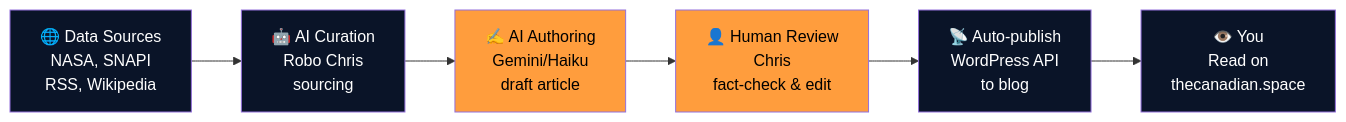
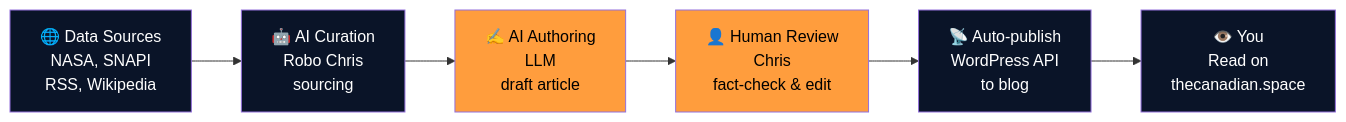
The diagram in docs/what-is-tcs/index.md (The-Canadian-Space/tcs-public-wiki), drawn with Mermaid before and after one commit. The commit also changed other lines of this file and 24 other files, not shown here.

````diff
--- a/docs/what-is-tcs/index.md
+++ b/docs/what-is-tcs/index.md
@@ -39,14 +41,14 @@
 ```mermaid
 graph LR
   Sources["🌐 Data Sources<br/>NASA, SNAPI<br/>RSS, Wikipedia"] --> Curation["🤖 AI Curation<br/>Robo Chris<br/>sourcing"]
-  Curation --> Author["✍️ AI Authoring<br/>Gemini/Haiku<br/>draft article"]
+  Curation --> Author["✍️ AI Authoring<br/>LLM<br/>draft article"]
   Author --> Review["👤 Human Review<br/>Chris<br/>fact-check & edit"]
   Review --> Publish["📡 Auto-publish<br/>WordPress API<br/>to blog"]
   Publish --> Reader["👁️ You<br/>Read on<br/>thecanadian.space"]
   style Sources fill:#0A1428,color:#fff
   style Curation fill:#0A1428,color:#fff
   style Author fill:#FF9D3D,color:#000
   style Review fill:#FF9D3D,color:#000
   style Publish fill:#0A1428,color:#fff
   style Reader fill:#0A1428,color:#fff
 ```
````
